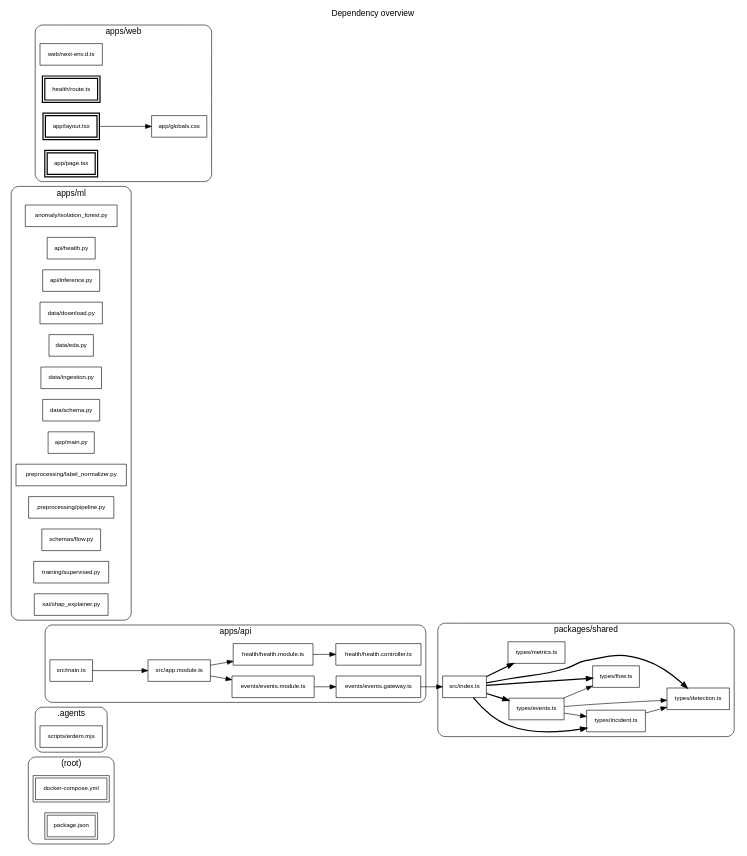
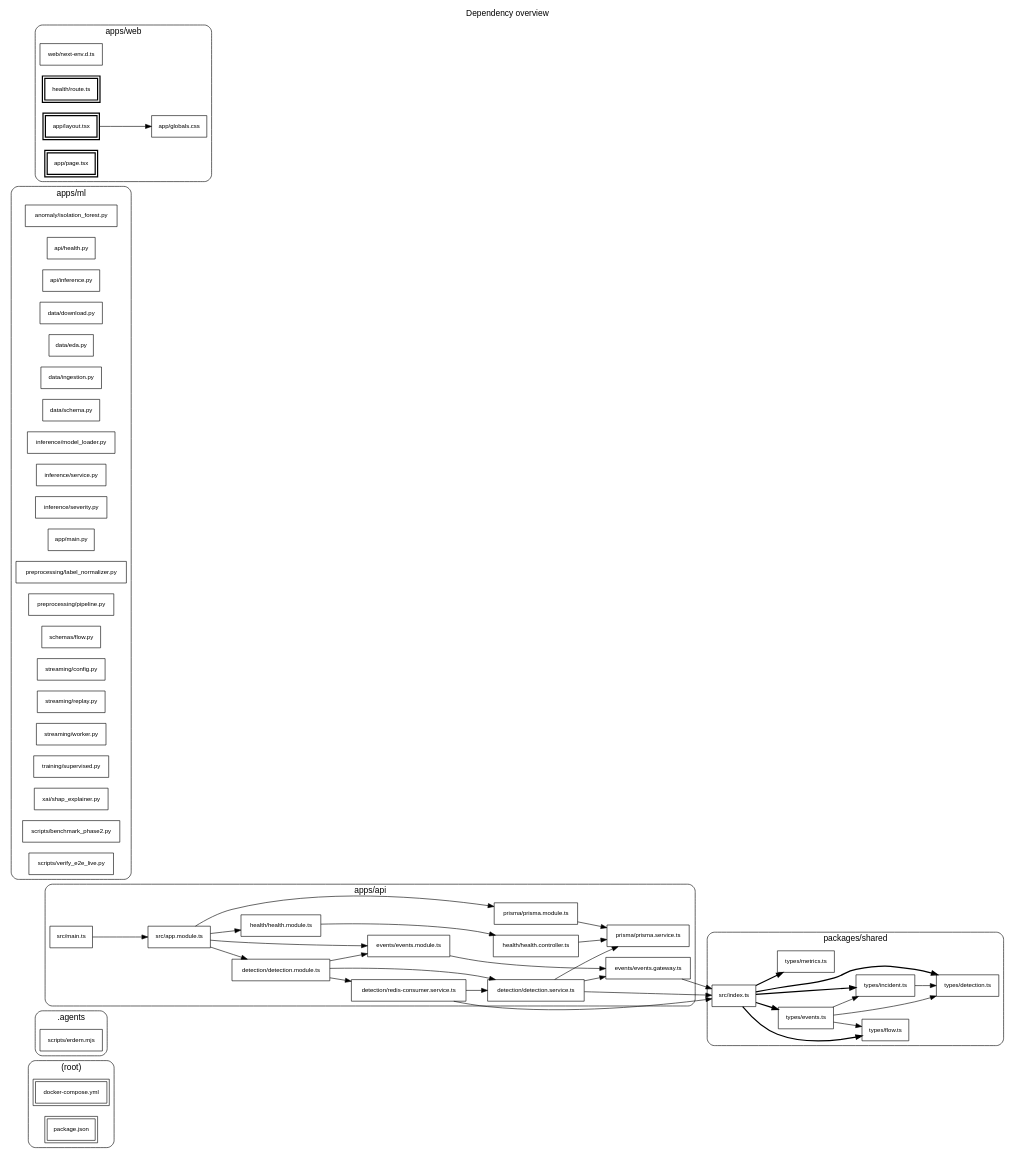
Before and after one commit to ErdemYy/NetSentry: the diagram in .ai/graph/graph.dot, drawn with Graphviz. The commit also changed 54 other files, not shown here.

Commit message:
feat: complete phase 2 real-time ml inference pipeline

```diff
--- a/.ai/graph/graph.dot
+++ b/.ai/graph/graph.dot
@@ -1,72 +1,97 @@
 digraph "project_intel" {
   graph [rankdir=LR, fontname="Helvetica", labelloc=t, label="Dependency overview"];
   node [shape=box, fontname="Helvetica", fontsize=10];
   edge [fontname="Helvetica", fontsize=9];
   subgraph cluster_3a52ce78 {
     label="(root)"; style=rounded;
     n35b8c13c [label="docker-compose.yml", peripheries=2];
     n7030d0b2 [label="package.json", peripheries=2];
   }
   subgraph cluster_55eb8eee {
     label=".agents"; style=rounded;
     nbe9c72a0 [label="scripts/erdem.mjs"];
   }
   subgraph cluster_73776ec8 {
     label="apps/api"; style=rounded;
     nec28db8b [label="src/app.module.ts"];
+    n2b19c9c0 [label="detection/detection.module.ts"];
+    nf8659a2d [label="detection/detection.service.ts"];
+    n08398223 [label="detection/redis-consumer.service.ts"];
     n0808c694 [label="events/events.gateway.ts"];
     n854d837f [label="events/events.module.ts"];
     nd046f3c6 [label="health/health.controller.ts"];
     naba0fc26 [label="health/health.module.ts"];
     n338ea8c7 [label="src/main.ts"];
+    n114ee72c [label="prisma/prisma.module.ts"];
+    nbc402317 [label="prisma/prisma.service.ts"];
   }
   subgraph cluster_368ad0cd {
     label="apps/ml"; style=rounded;
     n9085e1e2 [label="anomaly/isolation_forest.py"];
     n05b2672a [label="api/health.py"];
     n6bbfe0f3 [label="api/inference.py"];
     nc1d951fa [label="data/download.py"];
     n0cd89336 [label="data/eda.py"];
     ne3a15c3a [label="data/ingestion.py"];
     nc17c857f [label="data/schema.py"];
+    n0385082c [label="inference/model_loader.py"];
+    n8ee5d33f [label="inference/service.py"];
+    nc0dccd96 [label="inference/severity.py"];
     n9be4b79c [label="app/main.py"];
     n9d35f8c3 [label="preprocessing/label_normalizer.py"];
     n5bdea03e [label="preprocessing/pipeline.py"];
     naa1c7bbc [label="schemas/flow.py"];
+    na2521d9e [label="streaming/config.py"];
+    n8607901b [label="streaming/replay.py"];
+    n31d06501 [label="streaming/worker.py"];
     nac9391c1 [label="training/supervised.py"];
     n62f2da0e [label="xai/shap_explainer.py"];
+    ncc12973c [label="scripts/benchmark_phase2.py"];
+    n1a3c3e10 [label="scripts/verify_e2e_live.py"];
   }
   subgraph cluster_8972e234 {
     label="apps/web"; style=rounded;
     n8076096b [label="web/next-env.d.ts"];
     ne0eb2c1f [label="health/route.ts", peripheries=2, style="bold"];
     n4306ffba [label="app/globals.css"];
     nf79a94b8 [label="app/layout.tsx", peripheries=2, style="bold"];
     n0d6d11c3 [label="app/page.tsx", peripheries=2, style="bold"];
   }
   subgraph cluster_f021f83d {
     label="packages/shared"; style=rounded;
     nc4a79788 [label="src/index.ts"];
     n36707835 [label="types/detection.ts"];
     nc80fea85 [label="types/events.ts"];
     n30ddfb3b [label="types/flow.ts"];
     n43e205d0 [label="types/incident.ts"];
     n9c18c09c [label="types/metrics.ts"];
   }
+  nec28db8b -> n2b19c9c0;
   nec28db8b -> n854d837f;
   nec28db8b -> naba0fc26;
+  nec28db8b -> n114ee72c;
+  n2b19c9c0 -> nf8659a2d;
+  n2b19c9c0 -> n08398223;
+  n2b19c9c0 -> n854d837f;
+  nf8659a2d -> n0808c694;
+  nf8659a2d -> nbc402317;
+  nf8659a2d -> nc4a79788;
+  n08398223 -> nf8659a2d;
+  n08398223 -> nc4a79788;
   n0808c694 -> nc4a79788;
   n854d837f -> n0808c694;
+  nd046f3c6 -> nbc402317;
   naba0fc26 -> nd046f3c6;
   n338ea8c7 -> nec28db8b;
+  n114ee72c -> nbc402317;
   nf79a94b8 -> n4306ffba;
   nc4a79788 -> n36707835 [penwidth=2];
   nc4a79788 -> nc80fea85 [penwidth=2];
   nc4a79788 -> n30ddfb3b [penwidth=2];
   nc4a79788 -> n43e205d0 [penwidth=2];
   nc4a79788 -> n9c18c09c [penwidth=2];
   nc80fea85 -> n36707835;
   nc80fea85 -> n30ddfb3b;
   nc80fea85 -> n43e205d0;
   n43e205d0 -> n36707835;
 }
```
